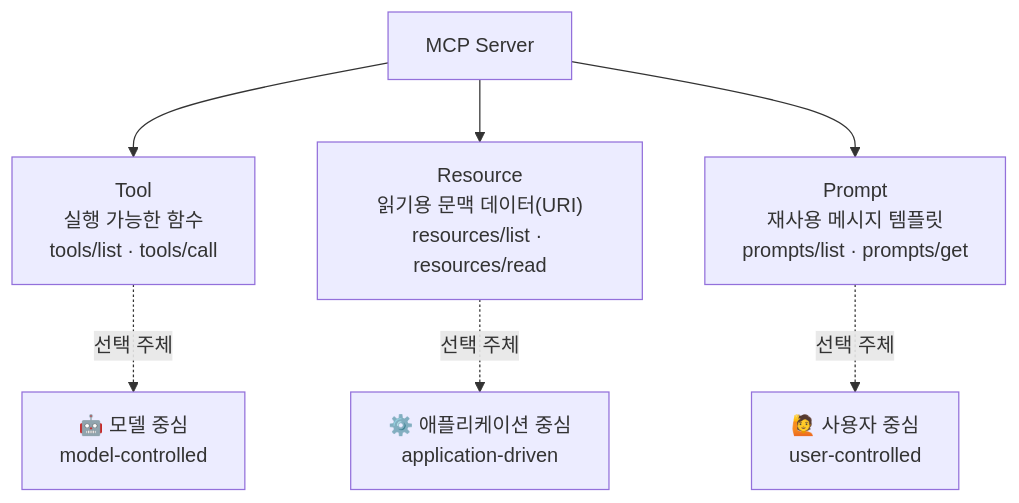
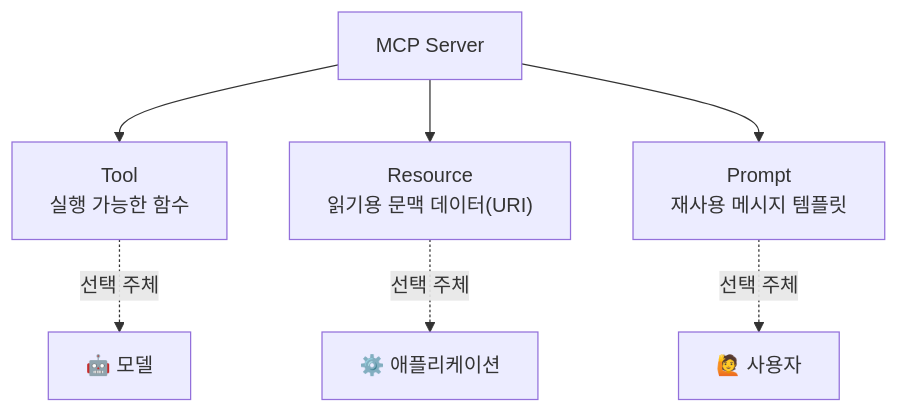
Before and after one commit to bykim9988/uploads: the fourth of 6 diagrams in W7_D1_강의교재_MCP_8월18일.md, drawn with Mermaid. The commit also changed other lines of this file and 1 other file, not shown here.

````diff
--- a/W7_D1_강의교재_MCP_8월18일.md
+++ b/W7_D1_강의교재_MCP_8월18일.md
@@ -233,10 +146,10 @@
 ```mermaid
 flowchart TB
     S["MCP Server"]
-    S --> TOOL["Tool<br/>실행 가능한 함수<br/>tools/list · tools/call"]
-    S --> RES["Resource<br/>읽기용 문맥 데이터(URI)<br/>resources/list · resources/read"]
-    S --> PROM["Prompt<br/>재사용 메시지 템플릿<br/>prompts/list · prompts/get"]
-    TOOL -. 선택 주체 .-> M1["🤖 모델 중심<br/>model-controlled"]
-    RES -. 선택 주체 .-> M2["⚙️ 애플리케이션 중심<br/>application-driven"]
-    PROM -. 선택 주체 .-> M3["🙋 사용자 중심<br/>user-controlled"]
+    S --> TOOL["Tool<br/>실행 가능한 함수"]
+    S --> RES["Resource<br/>읽기용 문맥 데이터(URI)"]
+    S --> PROM["Prompt<br/>재사용 메시지 템플릿"]
+    TOOL -. 선택 주체 .-> M1["🤖 모델"]
+    RES -. 선택 주체 .-> M2["⚙️ 애플리케이션"]
+    PROM -. 선택 주체 .-> M3["🙋 사용자"]
 ```
````
